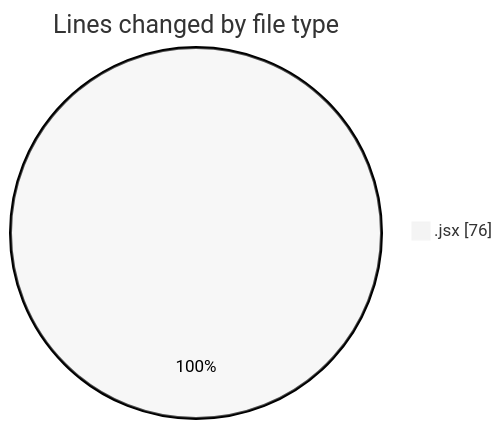
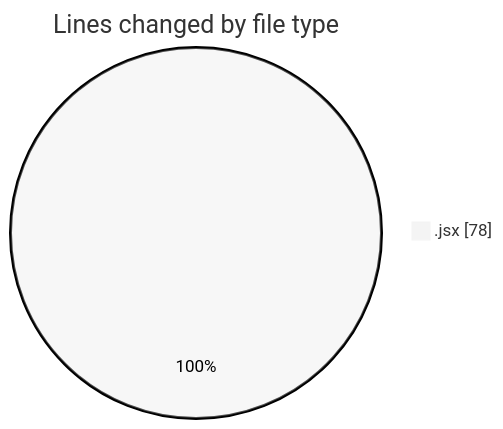
The first of 2 diagrams in 2026-02-12/cda/README.md (momahboobian/code-tracking), drawn with Mermaid (neutral theme) before and after one commit. The commit also changed other lines of this file and 1 other file, not shown here.

````diff
--- a/2026-02-12/cda/README.md
+++ b/2026-02-12/cda/README.md
@@ -20,5 +20,5 @@
 ```mermaid
 pie showData
 title Lines changed by file type
-".jsx" : 76
+".jsx" : 78
 ```
````
